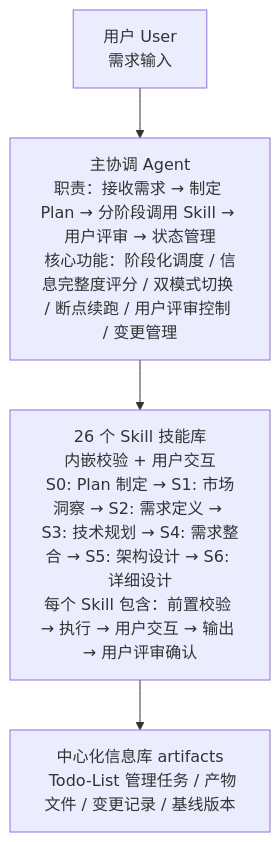
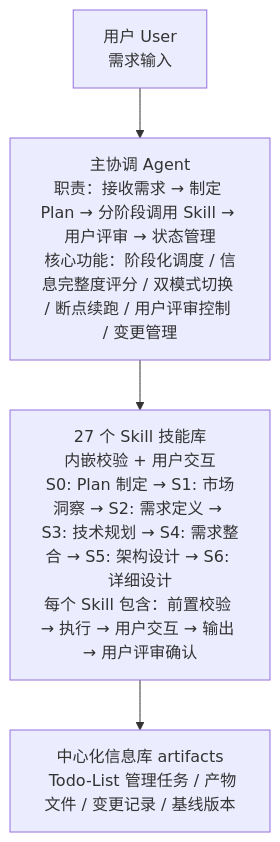
The first of 10 diagrams in WORKFLOW.md (HeartFlying/swf), drawn with Mermaid before and after one commit. The commit also changed other lines of this file and 16 other files, not shown here.

````diff
--- a/WORKFLOW.md
+++ b/WORKFLOW.md
@@ -20,6 +20,6 @@
 ```mermaid
 graph TD
     A[用户 User<br/>需求输入] --> B[主协调 Agent<br/>职责：接收需求 → 制定 Plan → 分阶段调用 Skill → 用户评审 → 状态管理<br/>核心功能：阶段化调度 / 信息完整度评分 / 双模式切换 / 断点续跑 / 用户评审控制 / 变更管理]
-    B --> C[26 个 Skill 技能库<br/>内嵌校验 + 用户交互<br/>S0: Plan 制定 → S1: 市场洞察 → S2: 需求定义 → S3: 技术规划 → S4: 需求整合 → S5: 架构设计 → S6: 详细设计<br/>每个 Skill 包含：前置校验 → 执行 → 用户交互 → 输出 → 用户评审确认]
+    B --> C[27 个 Skill 技能库<br/>内嵌校验 + 用户交互<br/>S0: Plan 制定 → S1: 市场洞察 → S2: 需求定义 → S3: 技术规划 → S4: 需求整合 → S5: 架构设计 → S6: 详细设计<br/>每个 Skill 包含：前置校验 → 执行 → 用户交互 → 输出 → 用户评审确认]
     C --> D[中心化信息库 artifacts<br/> Todo-List 管理任务 / 产物文件 / 变更记录 / 基线版本]
 ```
````
